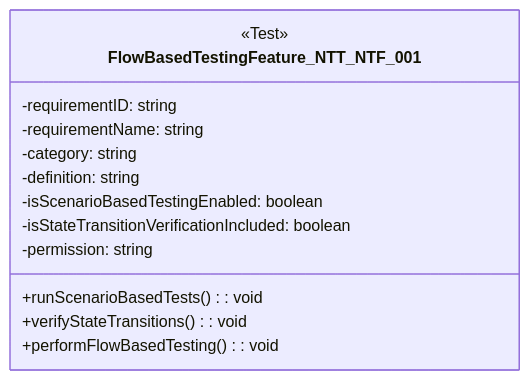
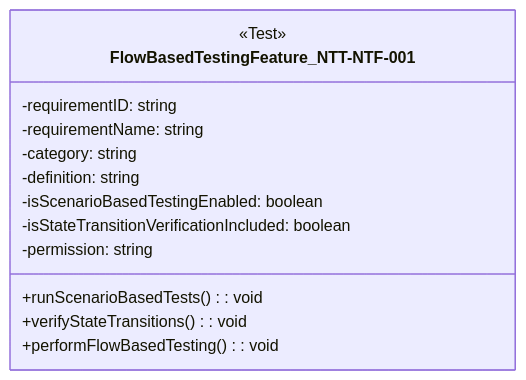
One commit to sun922/University-SoftwareDesign changed diagram 26 of 54 in 1. Requirement Analysis/Software Requirements Specification.md. Above: the diagram before and after it, drawn with Mermaid. The commit also changed other lines of this file, not shown here.

````diff
--- a/1. Requirement Analysis/Software Requirements Specification.md
+++ b/1. Requirement Analysis/Software Requirements Specification.md
@@ -798,17 +798,17 @@
 ```mermaid
 classDiagram
-    class FlowBasedTestingFeature_NTT_NTF_001 {
+    class FlowBasedTestingFeature_NTT-NTF-001 {
         <<Test>>
         -requirementID: string
         -requirementName: string
         -category: string
         -definition: string
         -isScenarioBasedTestingEnabled: boolean
         -isStateTransitionVerificationIncluded: boolean
         -permission: string
 
         +runScenarioBasedTests(): void
         +verifyStateTransitions(): void
         +performFlowBasedTesting(): void
     }
 ```
````
